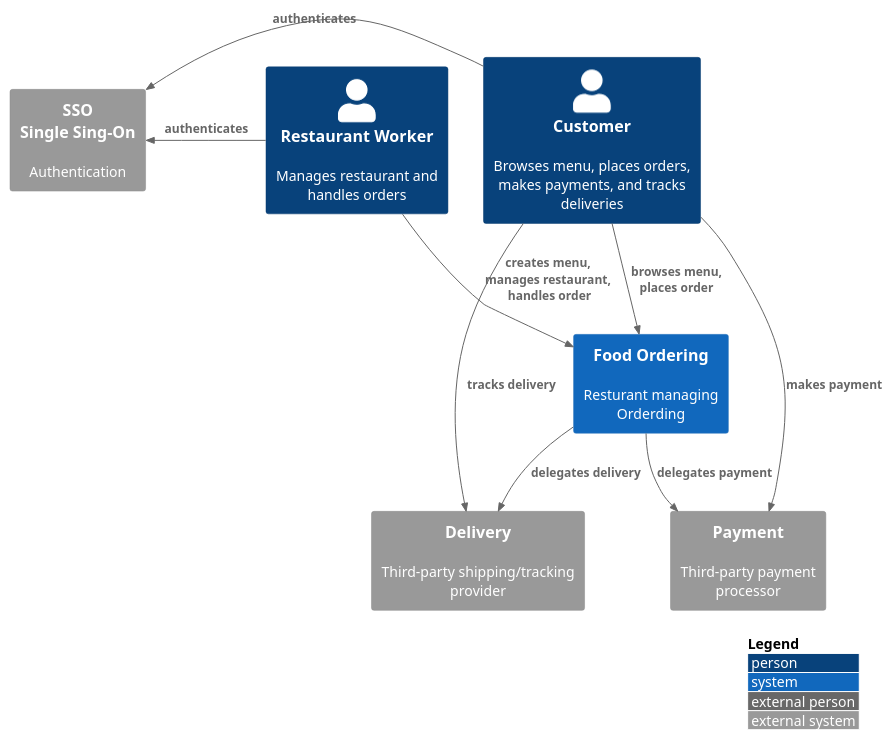
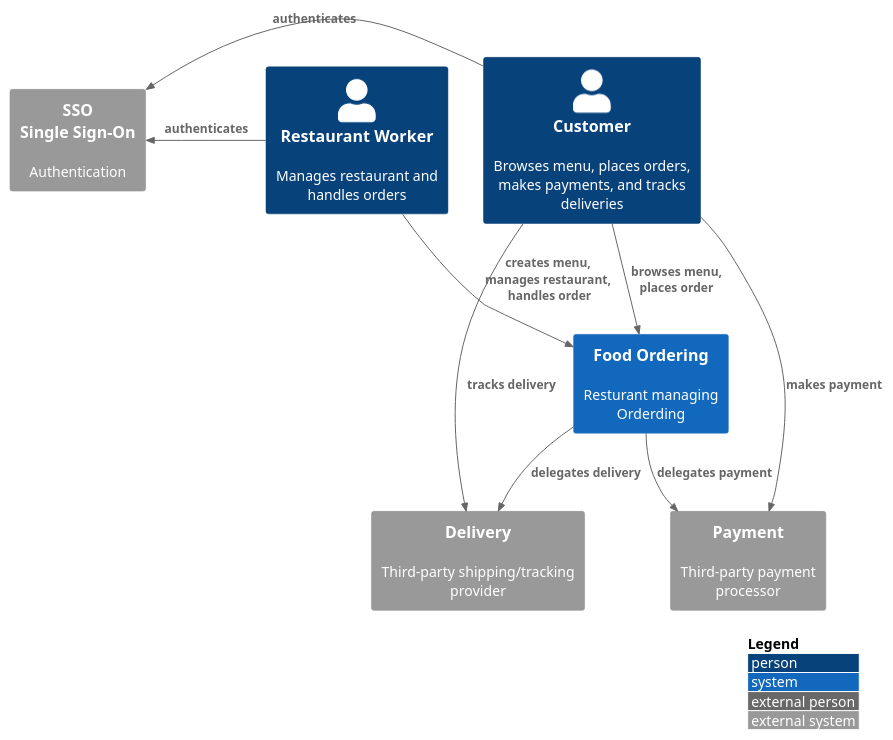
The diagram in docs/C4/c1_system_context.puml (velorb/modular-monolith-php), drawn with PlantUML before and after one commit. The commit also changed 2 other files, not shown here.

```diff
--- a/docs/C4/c1_system_context.puml
+++ b/docs/C4/c1_system_context.puml
@@ -1,25 +1,25 @@
 @startuml
 !include https://raw.githubusercontent.com/plantuml-stdlib/C4-PlantUML/master/C4_Context.puml
 
 '--- Actors & External Systems ---
 Person(customer, "Customer", "Browses menu, places orders, makes payments, and tracks deliveries")
 Person(restaurantWorker, "Restaurant Worker", "Manages restaurant and handles orders")
 System_Ext(payment, "Payment", "Third‑party payment processor")
 System_Ext(delivery, "Delivery", "Third‑party shipping/tracking provider")
-System_Ext(sso, "SSO\nSingle Sing-On", "Authentication")
+System_Ext(sso, "SSO\nSingle Sign-On", "Authentication")
 
 System(app, "Food Ordering", "Resturant managing\nOrderding ")
 
 '--- Interactions ---
 Rel(customer, app, "browses menu,\nplaces order")
 Rel(customer, payment, "makes payment")
 Rel(customer, delivery, "tracks delivery")
 Rel_L(customer, sso, "authenticates")
 Rel_L(restaurantWorker, sso, "authenticates")
 
 Rel(restaurantWorker, app, "creates menu,\nmanages restaurant,\n handles order")
 Rel(app, payment, "delegates payment")
 Rel(app, delivery, "delegates delivery")
 
 LAYOUT_WITH_LEGEND()
 @enduml
```
